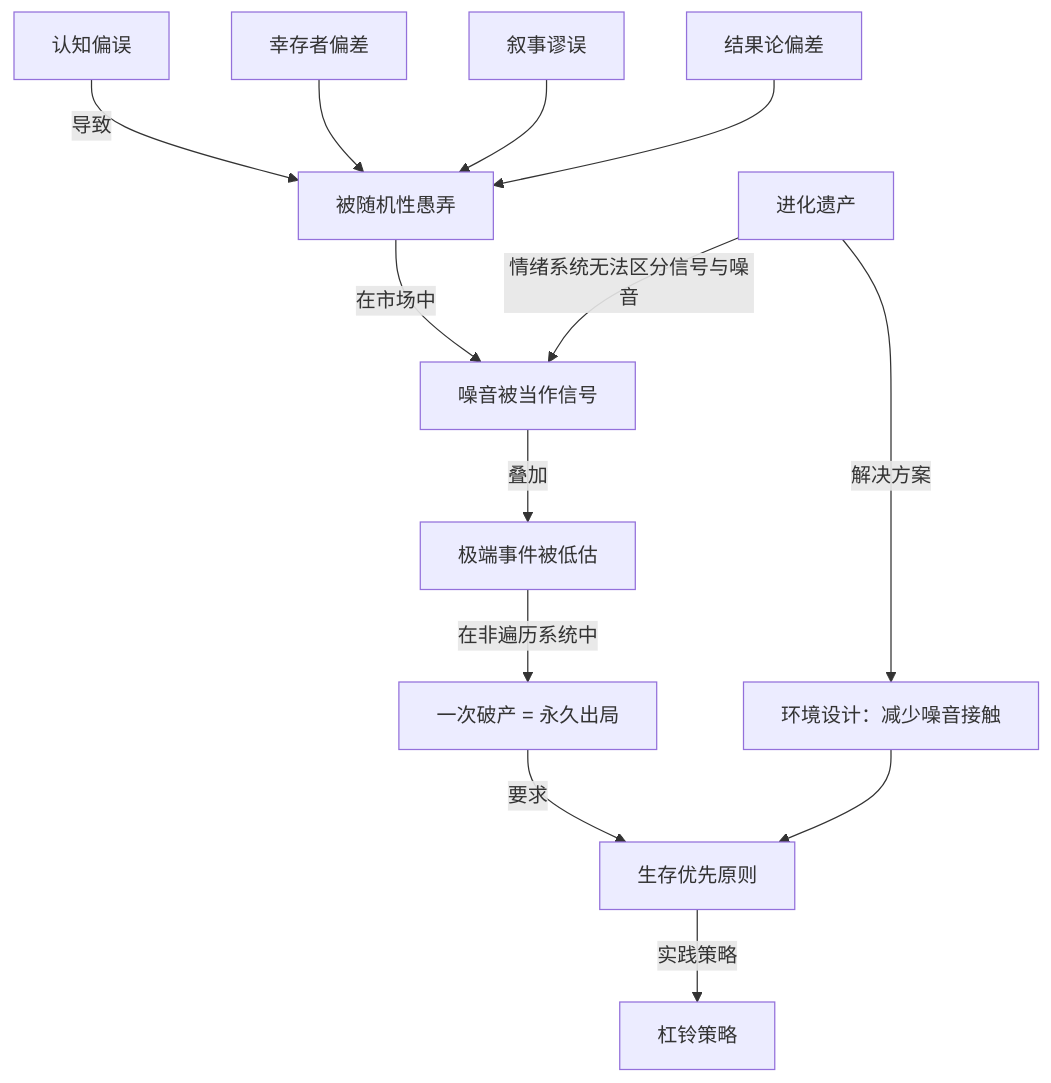
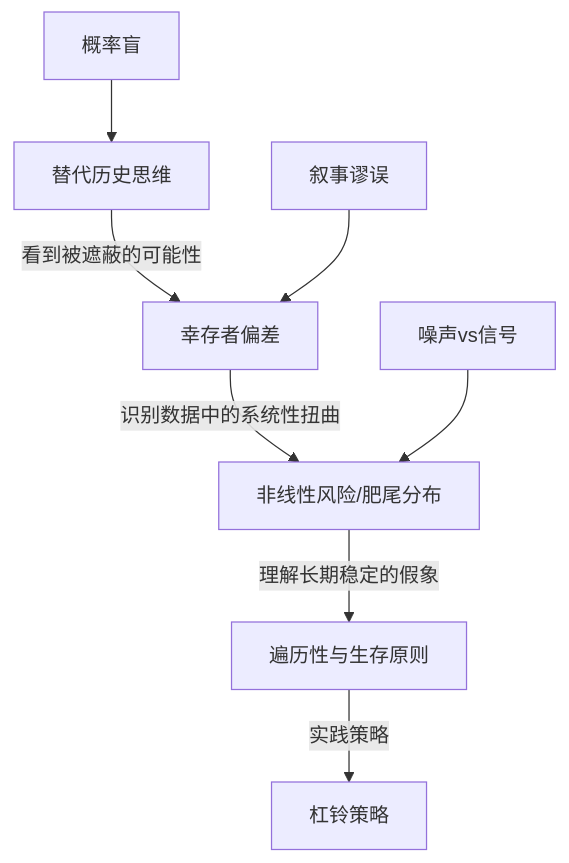
The diagram in 知识库/经济类/《随机漫步的傻瓜》 - 纳西姆·塔勒布.md (xdawayer/obsidian), drawn with Mermaid before and after one commit. The commit also changed other lines of this file and 43 other files, not shown here.

````diff
--- a/知识库/经济类/《随机漫步的傻瓜》 - 纳西姆·塔勒布.md
+++ b/知识库/经济类/《随机漫步的傻瓜》 - 纳西姆·塔勒布.md
@@ -33,17 +35,11 @@
 ```mermaid
 graph TD
-    A[认知偏误] -->|导致| B[被随机性愚弄]
-    B -->|在市场中| C[噪音被当作信号]
-    C -->|叠加| D[极端事件被低估]
-    D -->|在非遍历系统中| E[一次破产 = 永久出局]
-    E -->|要求| F[生存优先原则]
-    F -->|实践策略| G[杠铃策略]
+    A[替代历史思维] -->|看到被遮蔽的可能性| B[幸存者偏差]
+    B -->|识别数据中的系统性扭曲| C[非线性风险/肥尾分布]
+    C -->|理解长期稳定的假象| D[遍历性与生存原则]
+    D -->|实践策略| E[杠铃策略]
 
-    H[幸存者偏差] --> B
-    I[叙事谬误] --> B
-    J[结果论偏差] --> B
-
-    K[进化遗产] -->|情绪系统无法区分信号与噪音| C
-    K -->|解决方案| L[环境设计：减少噪音接触]
-    L --> F
+    F[叙事谬误] --> B
+    G[概率盲] --> A
+    H[噪声vs信号] --> C
 ```
````
